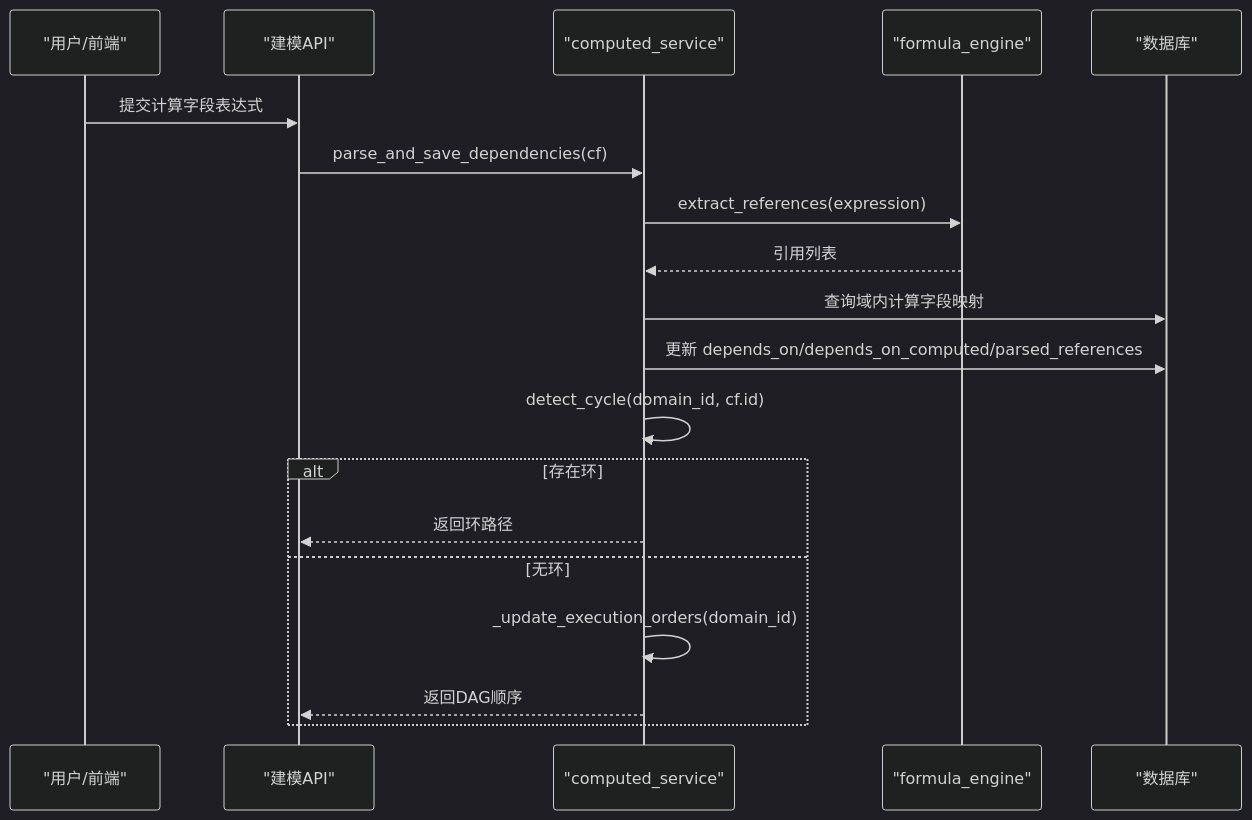
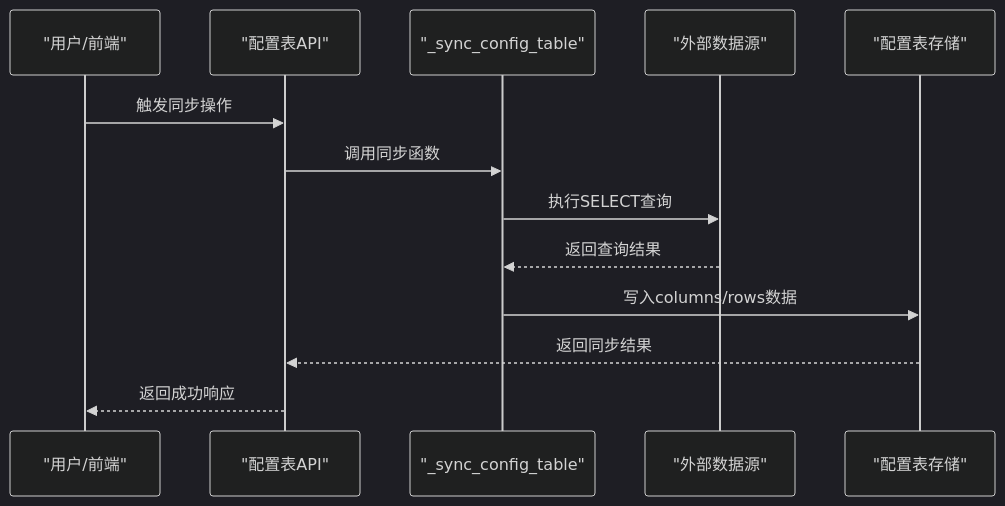
One commit to zyp-coder/Metadata changed the third of 3 diagrams in .qoder/repowiki/zh/content/架构设计/数据架构/数据模型/数据建模模块模型/数据建模模块模型.md. Above: the diagram before and after it, drawn with Mermaid (dark theme). The commit also changed other lines of this file and 54 other files, not shown here.

````diff
--- a/.qoder/repowiki/zh/content/架构设计/数据架构/数据模型/数据建模模块模型/数据建模模块模型.md
+++ b/.qoder/repowiki/zh/content/架构设计/数据架构/数据模型/数据建模模块模型/数据建模模块模型.md
@@ -360,21 +414,15 @@
 ```mermaid
 sequenceDiagram
 participant U as "用户/前端"
-participant API as "建模API"
-participant CS as "computed_service"
-participant FE as "formula_engine"
-participant DB as "数据库"
-U->>API : 提交计算字段表达式
-API->>CS : parse_and_save_dependencies(cf)
-CS->>FE : extract_references(expression)
-FE-->>CS : 引用列表
-CS->>DB : 查询域内计算字段映射
-CS->>DB : 更新 depends_on/depends_on_computed/parsed_references
-CS->>CS : detect_cycle(domain_id, cf.id)
-alt 存在环
-CS-->>API : 返回环路径
-else 无环
-CS->>CS : _update_execution_orders(domain_id)
-CS-->>API : 返回DAG顺序
-end
+participant API as "配置表API"
+participant SYNC as "_sync_config_table"
+participant DS as "外部数据源"
+participant DB as "配置表存储"
+U->>API : 触发同步操作
+API->>SYNC : 调用同步函数
+SYNC->>DS : 执行SELECT查询
+DS-->>SYNC : 返回查询结果
+SYNC->>DB : 写入columns/rows数据
+DB-->>API : 返回同步结果
+API-->>U : 返回成功响应
 ```
````
